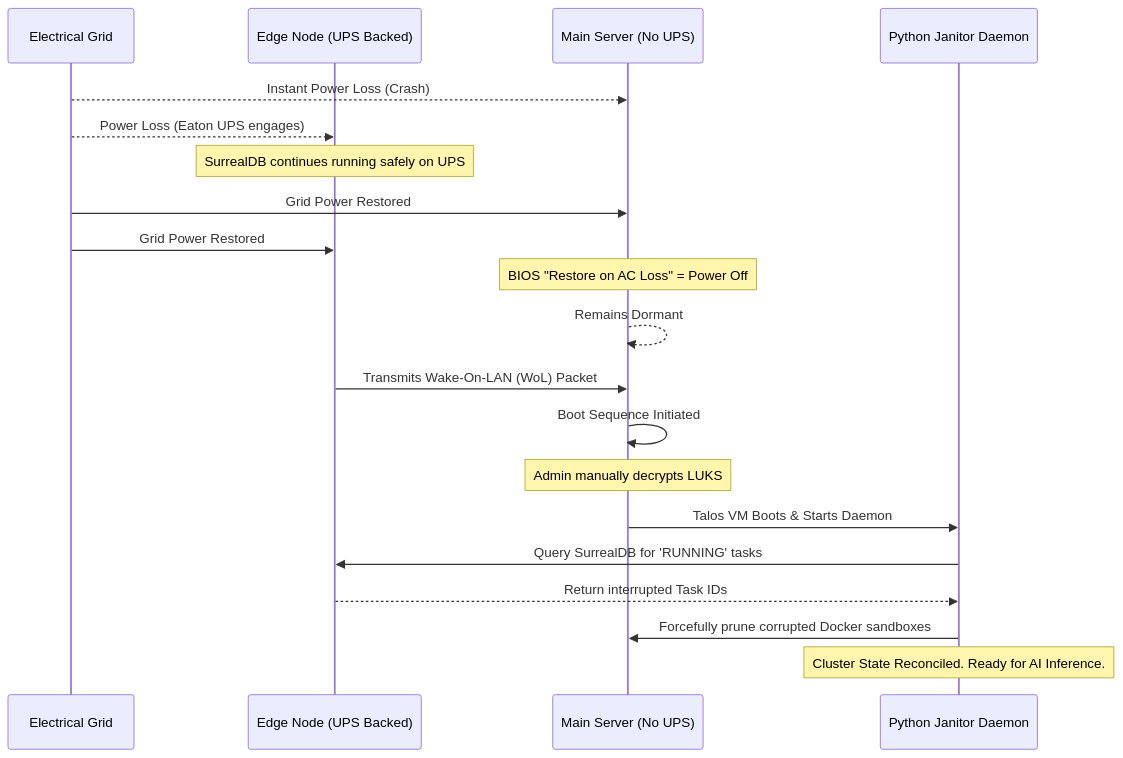
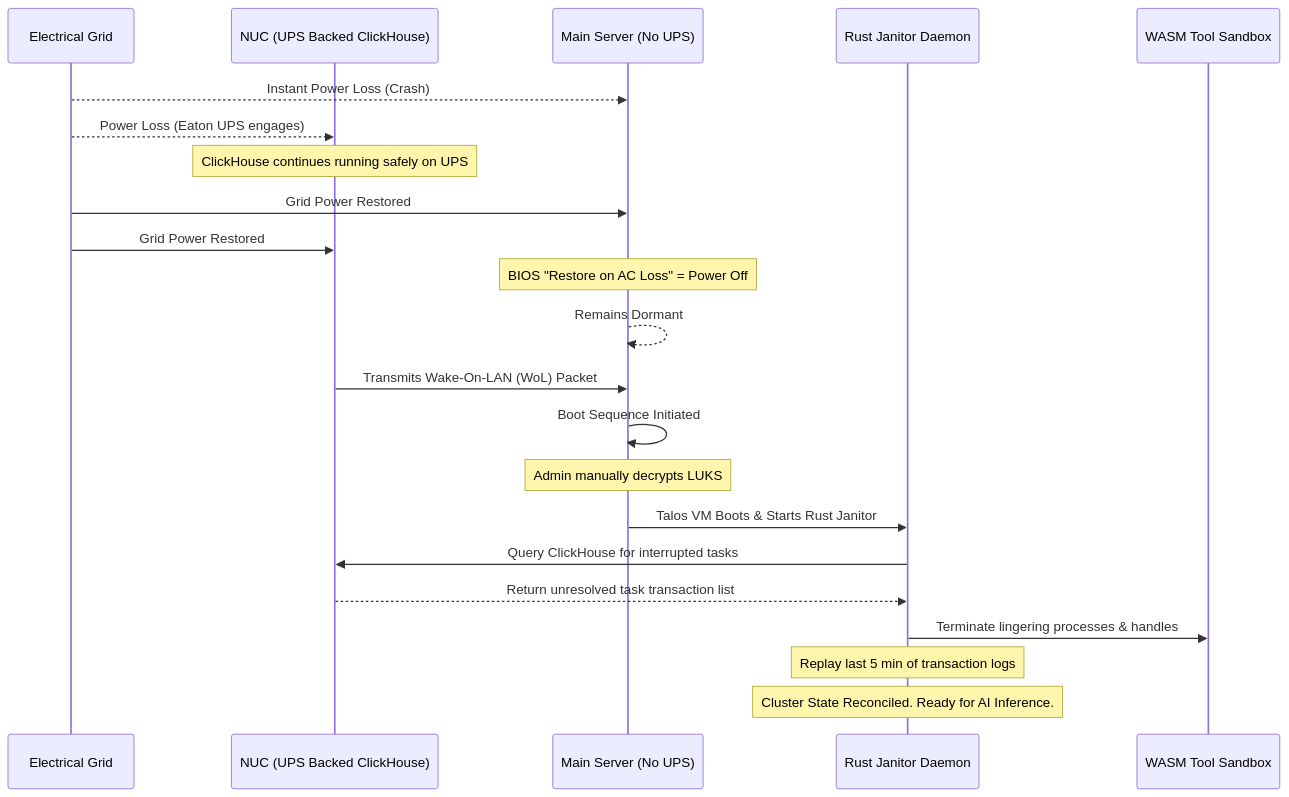
The diagram in docs/🛠️ Preparation The Safe-Stack Configuration.md (foersben/janus-synapse-edge), drawn with Mermaid before and after one commit. The commit also changed other lines of this file and 12 other files, not shown here.

````diff
--- a/docs/🛠️ Preparation The Safe-Stack Configuration.md
+++ b/docs/🛠️ Preparation The Safe-Stack Configuration.md
@@ -44,29 +45,31 @@
 ```mermaid
 sequenceDiagram
     participant Grid as Electrical Grid
-    participant NUC as Edge Node (UPS Backed)
+    participant NUC as NUC (UPS Backed ClickHouse)
     participant Proxmox as Main Server (No UPS)
-    participant Janitor as Python Janitor Daemon
+    participant Janitor as Rust Janitor Daemon
+    participant Wasmtime as WASM Tool Sandbox
 
     Grid-->>Proxmox: Instant Power Loss (Crash)
     Grid-->>NUC: Power Loss (Eaton UPS engages)
-    Note over NUC: SurrealDB continues running safely on UPS
+    Note over NUC: ClickHouse continues running safely on UPS
 
     Grid->>Proxmox: Grid Power Restored
     Grid->>NUC: Grid Power Restored
 
     Note over Proxmox: BIOS "Restore on AC Loss" = Power Off
     Proxmox-->>Proxmox: Remains Dormant
 
     NUC->>Proxmox: Transmits Wake-On-LAN (WoL) Packet
     Proxmox->>Proxmox: Boot Sequence Initiated
 
     Note over Proxmox: Admin manually decrypts LUKS
-    Proxmox->>Janitor: Talos VM Boots & Starts Daemon
+    Proxmox->>Janitor: Talos VM Boots & Starts Rust Janitor
 
-    Janitor->>NUC: Query SurrealDB for 'RUNNING' tasks
-    NUC-->>Janitor: Return interrupted Task IDs
+    Janitor->>NUC: Query ClickHouse for interrupted tasks
+    NUC-->>Janitor: Return unresolved task transaction list
 
-    Janitor->>Proxmox: Forcefully prune corrupted Docker sandboxes
+    Janitor->>Wasmtime: Terminate lingering processes & handles
+    Note over Janitor: Replay last 5 min of transaction logs
     Note over Janitor: Cluster State Reconciled. Ready for AI Inference.
 ```
````
